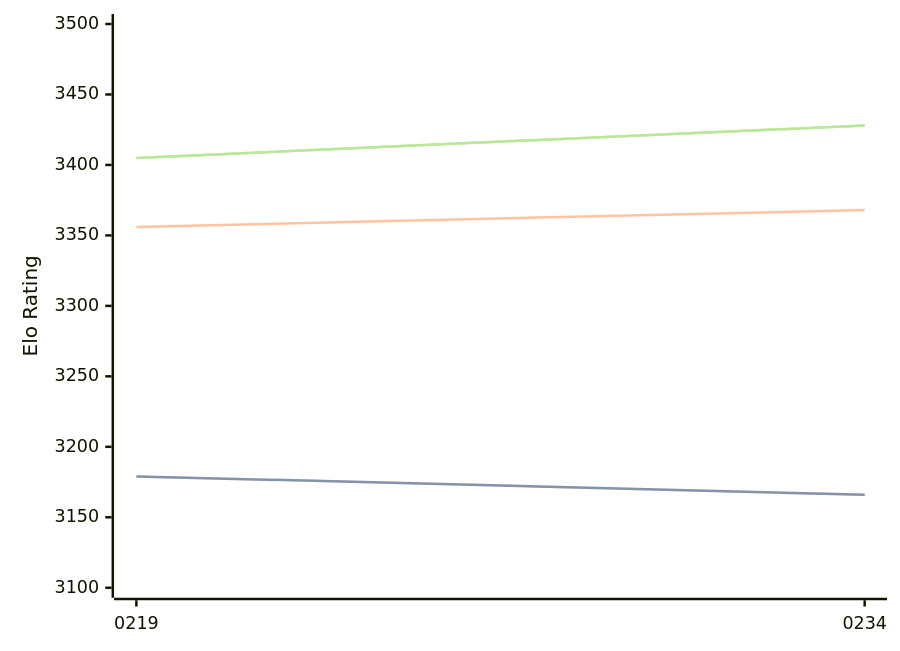
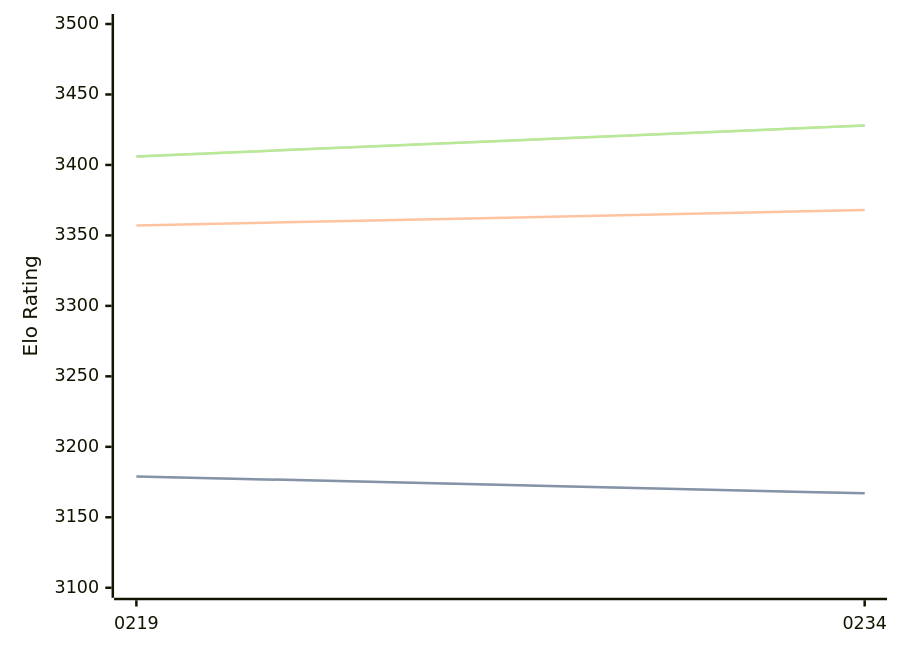
Before and after one commit to computer-chess-index/cci: the diagram in engines/Ynode.md, drawn with Mermaid. The commit also changed other lines of this file, not shown here.

Commit message:
Update CCI Ratings (ELO VLTC) - 2026-04-27

````diff
--- a/engines/Ynode.md
+++ b/engines/Ynode.md
@@ -39,11 +39,11 @@
 ```mermaid
 %%{init: {"theme":"base","themeVariables":{"seriesColors:['#a3a3a3','#222221','#faa371']}}}%%
 xychart-beta
   x-axis ["0219", "0234"]
   y-axis "Elo Rating" 3100 --> 3500
-  line "STC (8.0+0.08s)" [3179, 3166]
-  line "STC (8.0+0.08s)" [3179, 3166]
-  line "LTC (60.0+0.60s)" [3356, 3368]
-  line "VLTC (2m24s+1.12s)" [3405, 3428]
-  line "VLTC (2m24s+1.12s)" [3405, 3428]
+  line "STC (8.0+0.08s)" [3179, 3167]
+  line "STC (8.0+0.08s)" [3179, 3167]
+  line "LTC (60.0+0.60s)" [3357, 3368]
+  line "VLTC (2m24s+1.12s)" [3406, 3428]
+  line "VLTC (2m24s+1.12s)" [3406, 3428]
 ```
````
